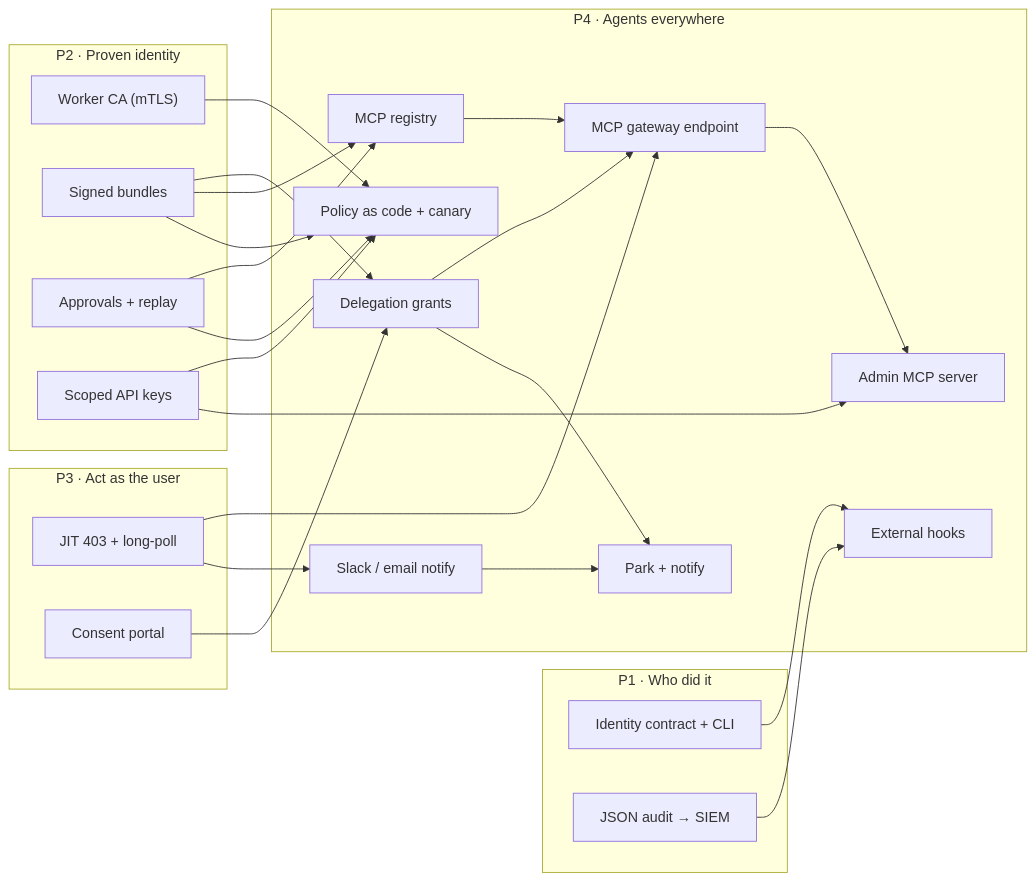
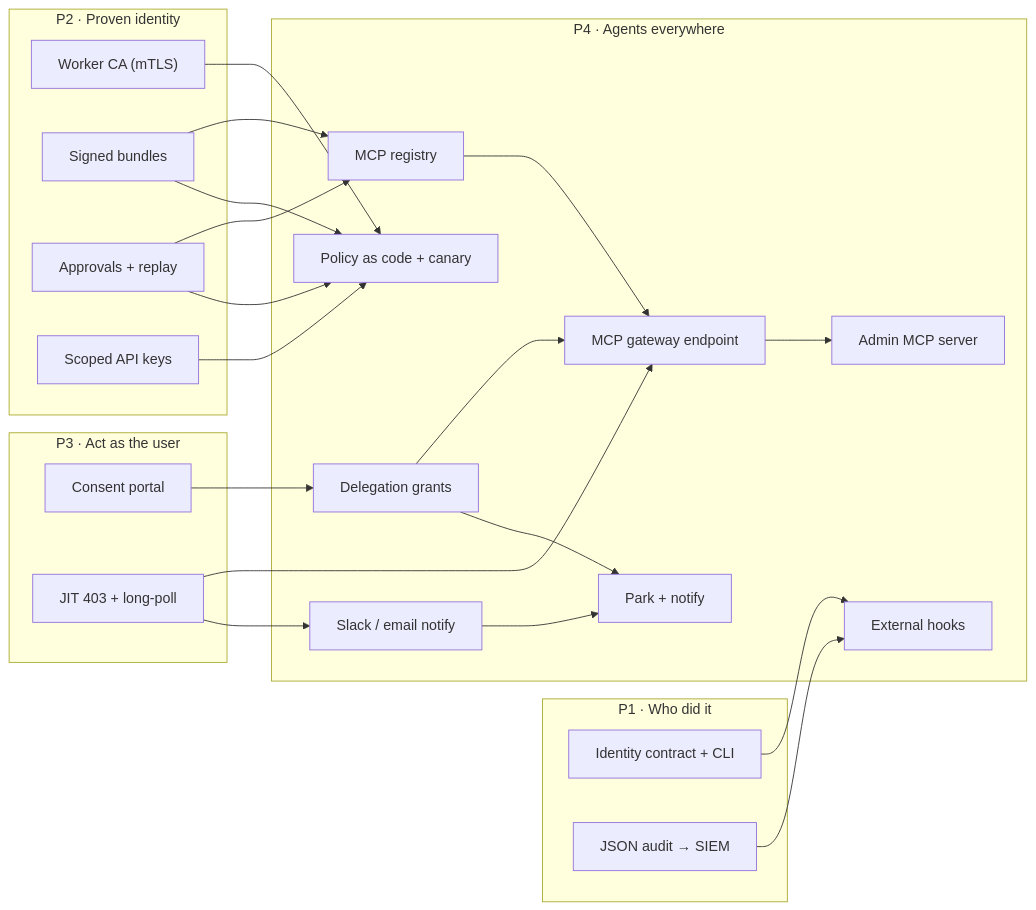
One commit to ethosagent/warden changed the fourth of 5 diagrams in docs/roadmap/README.md. Above: the diagram before and after it, drawn with Mermaid. The commit also changed other lines of this file and 26 other files, not shown here.

First line of the commit message:
docs(roadmap): review Phase 3 tickets with requirements, plans and acceptance

````diff
--- a/docs/roadmap/README.md
+++ b/docs/roadmap/README.md
@@ -199,45 +202,43 @@
 ```mermaid
 flowchart LR
   subgraph ph1["P1 · Who did it"]
     p1_identity_contract["Identity contract + CLI"]
     p1_json_audit["JSON audit → SIEM"]
   end
   subgraph ph2["P2 · Proven identity"]
     p2_worker_ca["Worker CA (mTLS)"]
     p2_signed_bundles["Signed bundles"]
     p2_approvals["Approvals + replay"]
     p2_api_keys["Scoped API keys"]
   end
   subgraph ph3["P3 · Act as the user"]
+    p3_consent_portal["Consent portal"]
     p3_jit["JIT 403 + long-poll"]
-    p3_consent_portal["Consent portal"]
   end
   subgraph ph4["P4 · Agents everywhere"]
     p4_grants["Delegation grants"]
     p4_mcp_registry["MCP registry"]
     p4_gitops["Policy as code + canary"]
     p4_mcp_gateway["MCP gateway endpoint"]
     p4_admin_mcp["Admin MCP server"]
     p4_hooks["External hooks"]
     p4_notify["Slack / email notify"]
     p4_park["Park + notify"]
   end
-  p2_signed_bundles --> p4_grants
   p3_consent_portal --> p4_grants
   p2_signed_bundles --> p4_mcp_registry
   p2_approvals --> p4_mcp_registry
   p2_approvals --> p4_gitops
   p2_signed_bundles --> p4_gitops
   p2_worker_ca --> p4_gitops
   p2_api_keys --> p4_gitops
   p4_mcp_registry --> p4_mcp_gateway
   p4_grants --> p4_mcp_gateway
   p3_jit --> p4_mcp_gateway
-  p2_api_keys --> p4_admin_mcp
   p4_mcp_gateway --> p4_admin_mcp
   p1_identity_contract --> p4_hooks
   p1_json_audit --> p4_hooks
   p3_jit --> p4_notify
   p4_notify --> p4_park
   p4_grants --> p4_park
 ```
````
